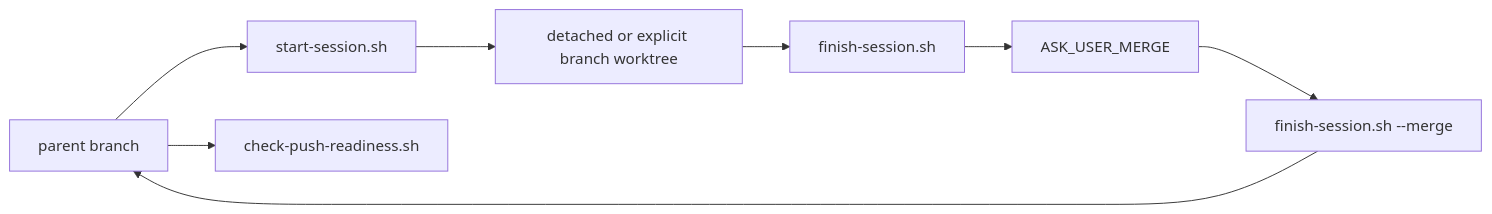
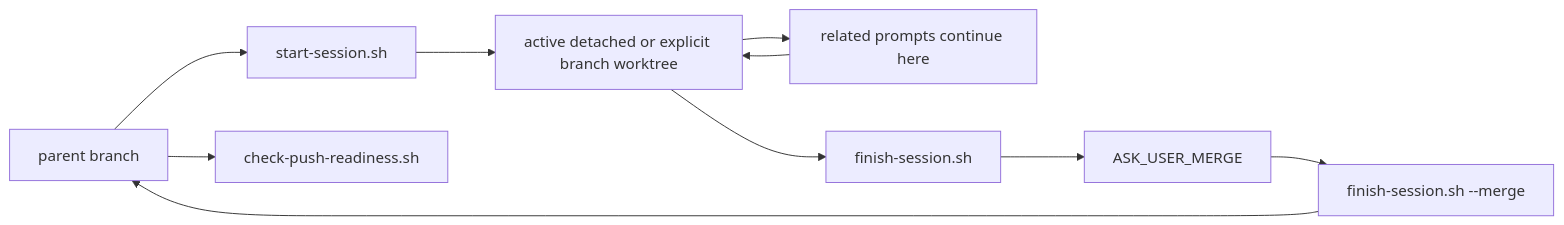
The third of 4 diagrams in docs/ARCHITECTURE.md (miketaheny/codex-setup), drawn with Mermaid before and after one commit. The commit also changed other lines of this file and 21 other files, not shown here.

Commit message:
chore: persistent codex flow

````diff
--- a/docs/ARCHITECTURE.md
+++ b/docs/ARCHITECTURE.md
@@ -84,10 +84,12 @@
 ```mermaid
 flowchart LR
     Parent["parent branch"] --> Start["start-session.sh"]
-    Start --> Worktree["detached or explicit branch worktree"]
+    Start --> Worktree["active detached or explicit branch worktree"]
+    Worktree --> Continue["related prompts continue here"]
+    Continue --> Worktree
     Worktree --> Finish["finish-session.sh"]
     Finish --> Ready["ASK_USER_MERGE"]
     Ready --> Merge["finish-session.sh --merge"]
     Merge --> Parent
     Parent --> PushReady["check-push-readiness.sh"]
 ```
````
